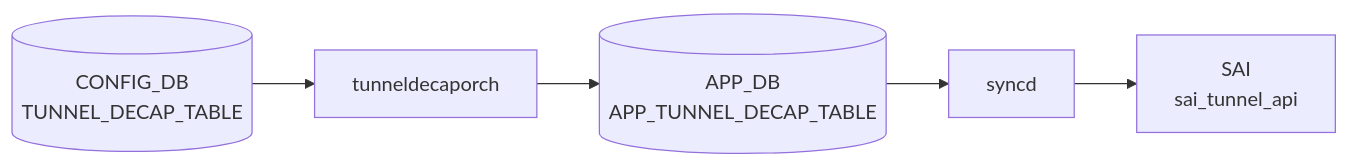
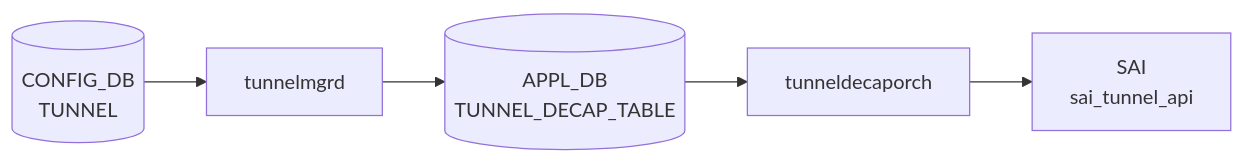
One commit to aoki-taquan/sonic-unofficial-docs changed the diagram in docs/reference/config-db/tunnel-decap-table.md. Above: the diagram before and after it, drawn with Mermaid. The commit also changed other lines of this file and 1 other file, not shown here.

Commit message:
review(batch-118): fix tunnel-decap-table mermaid/command, telemetry-client handler表の誤記
- tunnel-decap-table: mermaid を誤り構成（CONFIG_DB→tunneldecaporch）から正しい2段構成
  （CONFIG_DB→tunnelmgrd→APPL_DB→tunneldecaporch→SAI）に修正
- tunnel-decap-table: 確認コマンドを CONFIG_DB → APPL_DB に修正（APPL_DBテーブルのため）
- telemetry-client: Phase 8 ハンドラ表の `report_type=poll`（YANG未定義）を `report_type=once` に修正

````diff
--- a/docs/reference/config-db/tunnel-decap-table.md
+++ b/docs/reference/config-db/tunnel-decap-table.md
@@ -37,12 +37,12 @@
 ```mermaid
 flowchart LR
-  CDB[("CONFIG_DB<br/>TUNNEL_DECAP_TABLE")]
+  CDB[("CONFIG_DB<br/>TUNNEL")]
+  MGR["tunnelmgrd"]
+  CDB --> MGR
+  APPDB[("APPL_DB<br/>TUNNEL_DECAP_TABLE")]
+  MGR --> APPDB
   DM["tunneldecaporch"]
-  CDB --> DM
-  APPDB[("APP_DB<br/>APP_TUNNEL_DECAP_TABLE")]
-  DM --> APPDB
-  SYNCD["syncd"]
-  APPDB --> SYNCD
+  APPDB --> DM
   SAI["SAI<br/>sai_tunnel_api"]
-  SYNCD --> SAI
+  DM --> SAI
 ```
````
